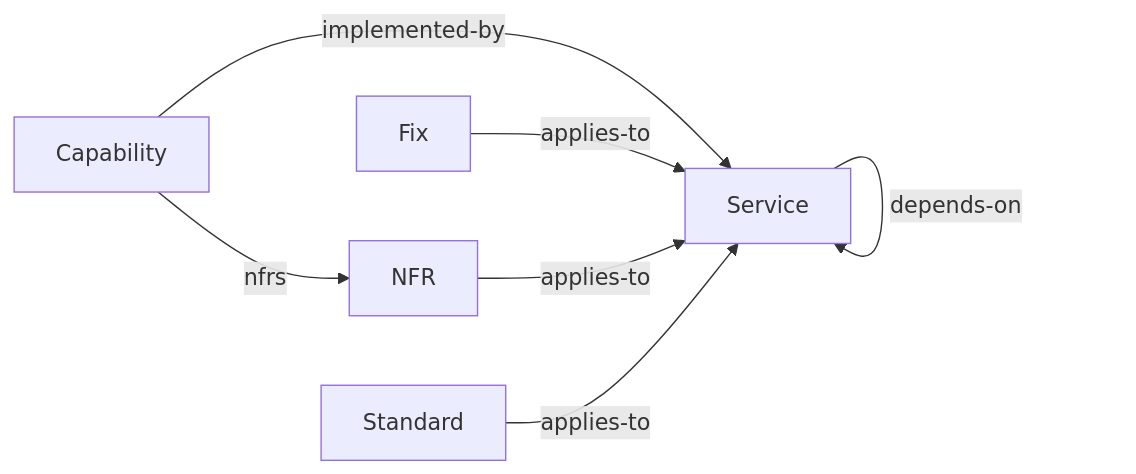
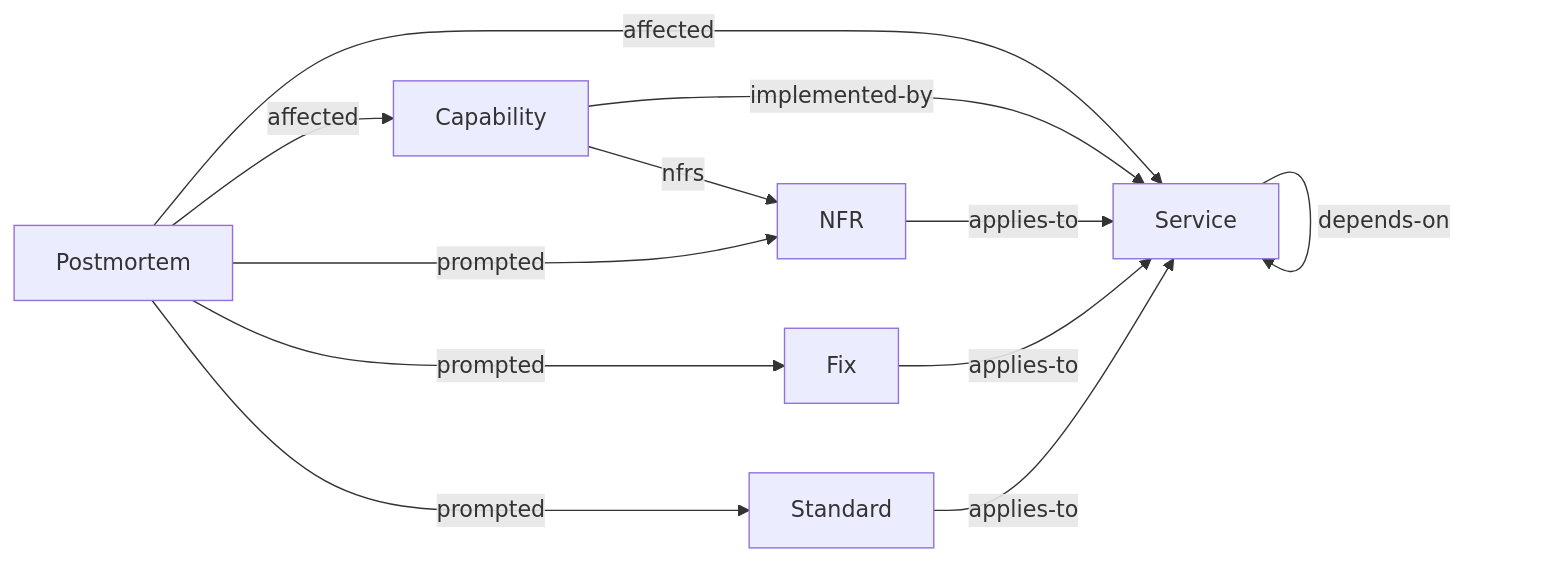
Before and after one commit to paul80nd/knowledge-as-code: the diagram in examples/payments/knowledge-as-code/taxonomy.md, drawn with Mermaid. The commit also changed other lines of this file and 33 other files, not shown here.

````diff
--- a/examples/payments/knowledge-as-code/taxonomy.md
+++ b/examples/payments/knowledge-as-code/taxonomy.md
@@ -73,14 +82,20 @@
 ```mermaid
 graph LR;
   t_capabilities[Capability];
   t_fixes[Fix];
   t_nfrs[NFR];
+  t_postmortems[Postmortem];
   t_services[Service];
   t_standards[Standard];
   t_capabilities -- implemented-by --> t_services;
   t_capabilities -- nfrs --> t_nfrs;
   t_fixes -- applies-to --> t_services;
   t_nfrs -- applies-to --> t_services;
+  t_postmortems -- affected --> t_services;
+  t_postmortems -- affected --> t_capabilities;
+  t_postmortems -- prompted --> t_nfrs;
+  t_postmortems -- prompted --> t_fixes;
+  t_postmortems -- prompted --> t_standards;
   t_services -- depends-on --> t_services;
   t_standards -- applies-to --> t_services;
 ```
````
